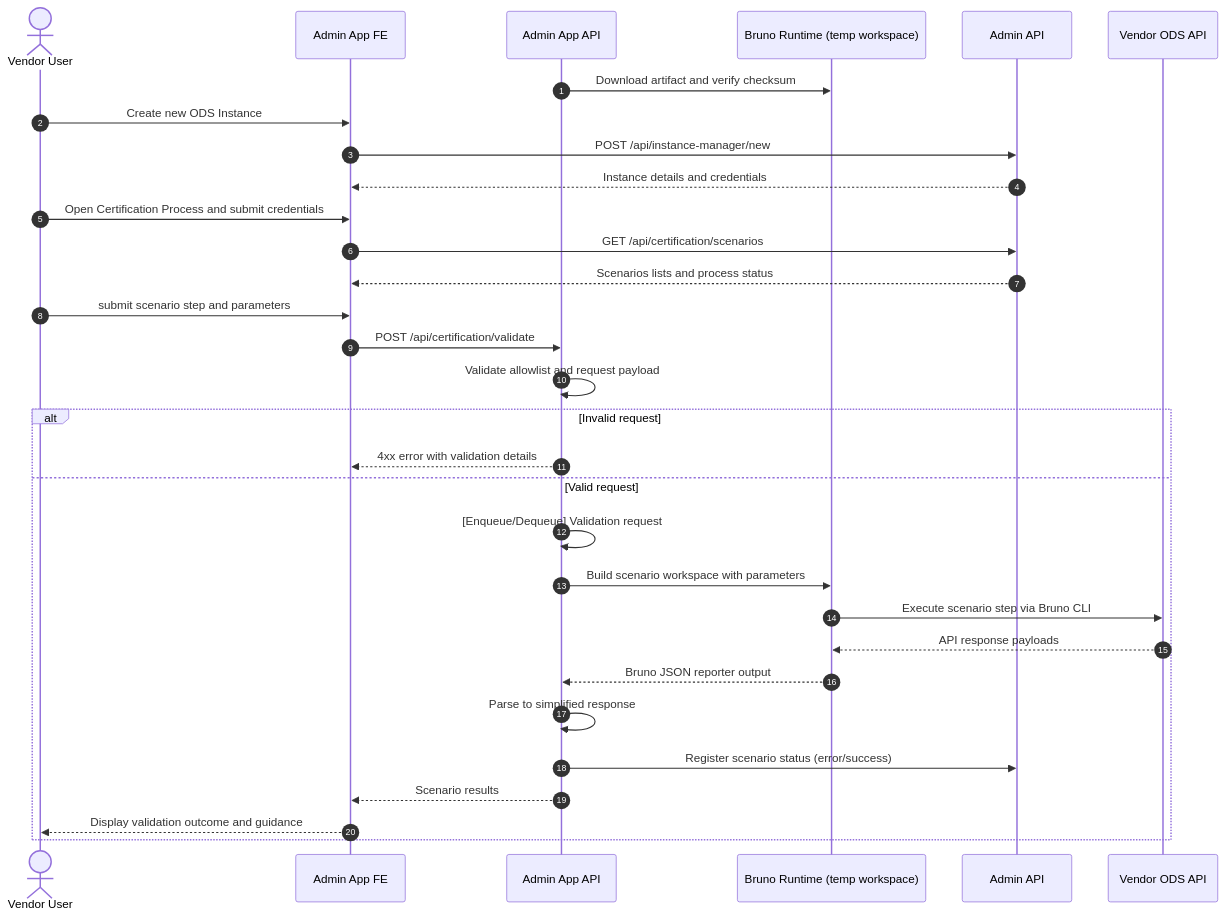
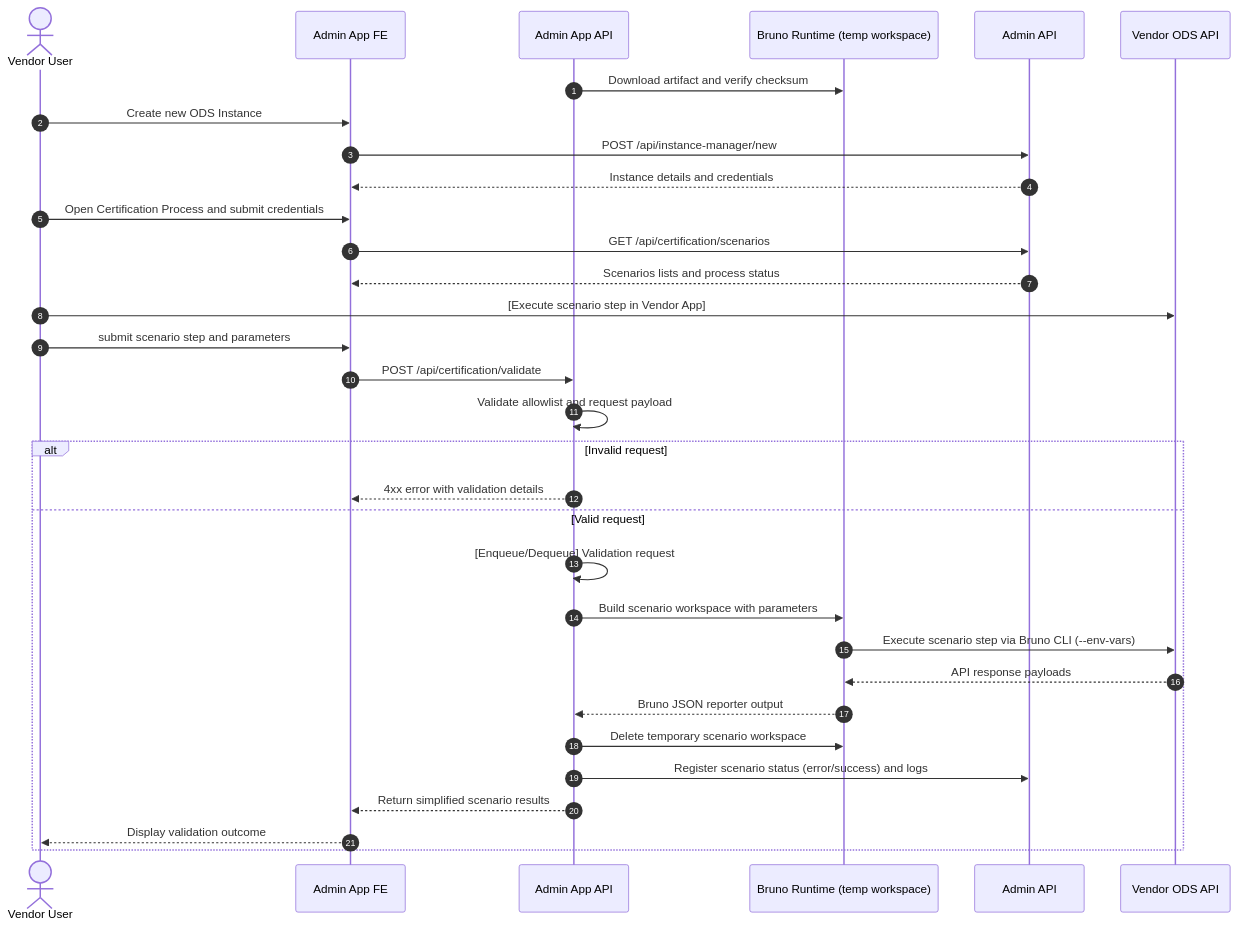
The second of 4 diagrams in docs/design/certification-2026/phase2/certification-2.2.md (Ed-Fi-Alliance-OSS/Ed-Fi-AdminApp), drawn with Mermaid before and after one commit. The commit also changed other lines of this file, not shown here.

Commit message:
[AC-479] docs: document simplified + fix comments

````diff
--- a/docs/design/certification-2026/phase2/certification-2.2.md
+++ b/docs/design/certification-2026/phase2/certification-2.2.md
@@ -208,36 +173,37 @@
 ```mermaid
 sequenceDiagram
   autonumber
   actor User as Vendor User
   participant FE as Admin App FE
   participant API as Admin App API
   participant Runtime as Bruno Runtime (temp workspace)
   participant AdminAPI as Admin API
   participant ODS as Vendor ODS API
   
   API->>Runtime: Download artifact and verify checksum
   
   User->>FE: Create new ODS Instance
   FE->>AdminAPI: POST /api/instance-manager/new
   AdminAPI-->>FE: Instance details and credentials
   User->>FE: Open Certification Process and submit credentials
   FE->>AdminAPI: GET /api/certification/scenarios
   AdminAPI-->>FE: Scenarios lists and process status
+  User->>ODS: [Execute scenario step in Vendor App]
   User->>FE: submit scenario step and parameters
 
   FE->>API: POST /api/certification/validate
   API->>API: Validate allowlist and request payload
   alt Invalid request
     API-->>FE: 4xx error with validation details
   else Valid request
     API->>API: [Enqueue/Dequeue] Validation request
     API->>Runtime: Build scenario workspace with parameters
-    Runtime->>ODS: Execute scenario step via Bruno CLI
+    Runtime->>ODS: Execute scenario step via Bruno CLI (--env-vars)
     ODS-->>Runtime: API response payloads
     Runtime-->>API: Bruno JSON reporter output
-    API->>API: Parse to simplified response
-    API->>AdminAPI: Register scenario status (error/success)
-    API-->>FE: Scenario results
-    FE-->>User: Display validation outcome and guidance
+    API->>Runtime: Delete temporary scenario workspace
+    API->>AdminAPI: Register scenario status (error/success) and logs
+    API-->>FE: Return simplified scenario results
+    FE-->>User: Display validation outcome
   end
 ```
````
